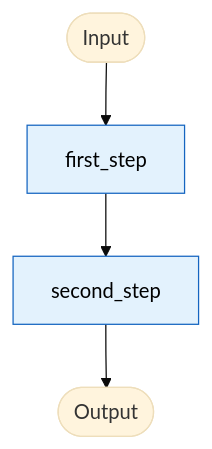
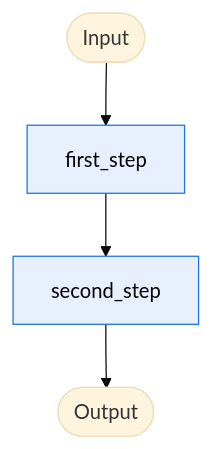
One commit to baptiste-pasquier/skills changed the third of 3 diagrams in docs-taxonomy/references/templates/docs-overview.md. Above: the diagram before and after it, drawn with Mermaid (base theme). The commit also changed other lines of this file and 13 other files, not shown here.

````diff
--- a/docs-taxonomy/references/templates/docs-overview.md
+++ b/docs-taxonomy/references/templates/docs-overview.md
@@ -46,9 +46,9 @@
 ```mermaid
 flowchart TD
     input([Input]) --> first["first_step"]
     first --> second["second_step"]
     second --> output([Output])
 
-    classDef det fill:#e3f2fd,stroke:#1565c0,color:#000
-    class first,second det
+    classDef code fill:#e8f0fe,stroke:#1a73e8,color:#000
+    class first,second code
 ```
````
